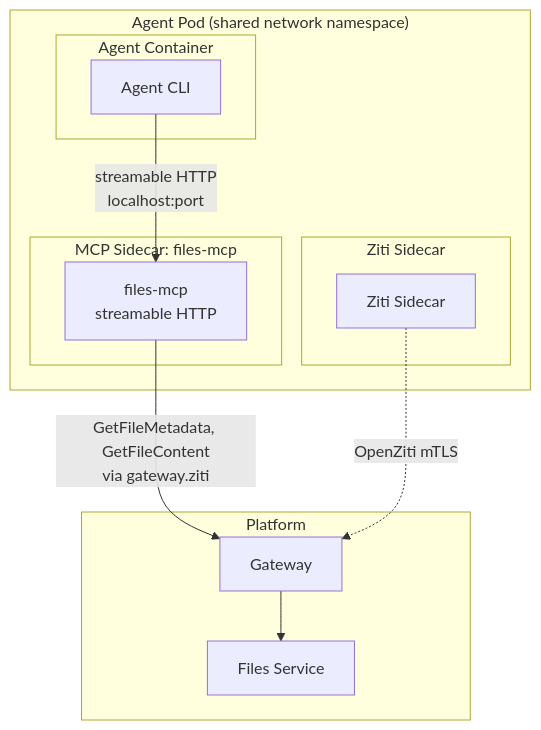
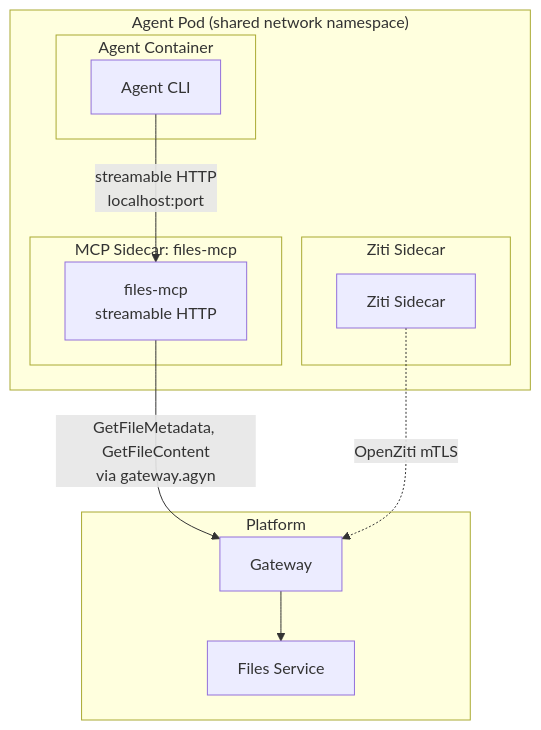
One commit to agynio/architecture changed the first of 2 diagrams in architecture/files-mcp.md. Above: the diagram before and after it, drawn with Mermaid. The commit also changed other lines of this file and 25 other files, not shown here.

First line of the commit message:
Name the overlay .agyn, not .ziti

````diff
--- a/architecture/files-mcp.md
+++ b/architecture/files-mcp.md
@@ -16,26 +16,26 @@
 ```mermaid
 graph TB
     subgraph "Agent Pod (shared network namespace)"
         subgraph "Agent Container"
             AgentCLI[Agent CLI]
         end
 
         subgraph "MCP Sidecar: files-mcp"
             FilesMCP[files-mcp<br/>streamable HTTP]
         end
 
         subgraph "Ziti Sidecar"
             Ziti[Ziti Sidecar]
         end
     end
 
     subgraph Platform
         Gateway
         Files[Files Service]
     end
 
     AgentCLI -->|streamable HTTP<br/>localhost:port| FilesMCP
-    FilesMCP -->|GetFileMetadata, GetFileContent<br/>via gateway.ziti| Gateway
+    FilesMCP -->|GetFileMetadata, GetFileContent<br/>via gateway.agyn| Gateway
     Gateway --> Files
     Ziti -.->|OpenZiti mTLS| Gateway
 ```
````
